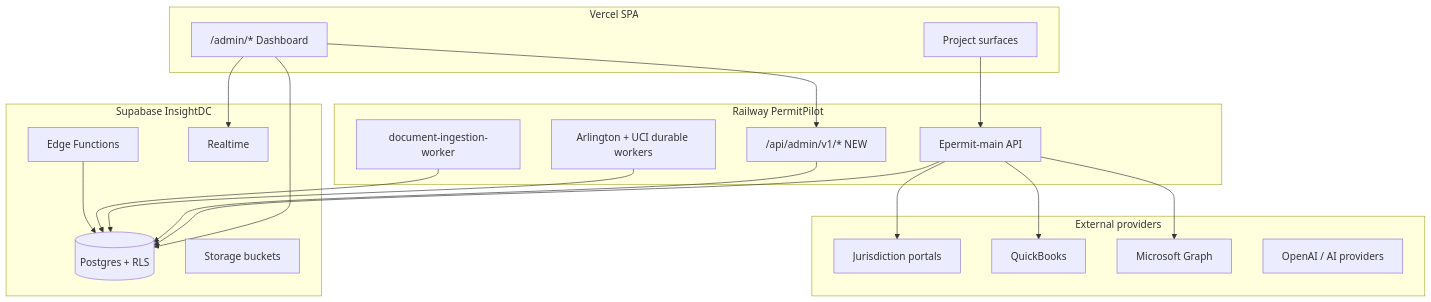
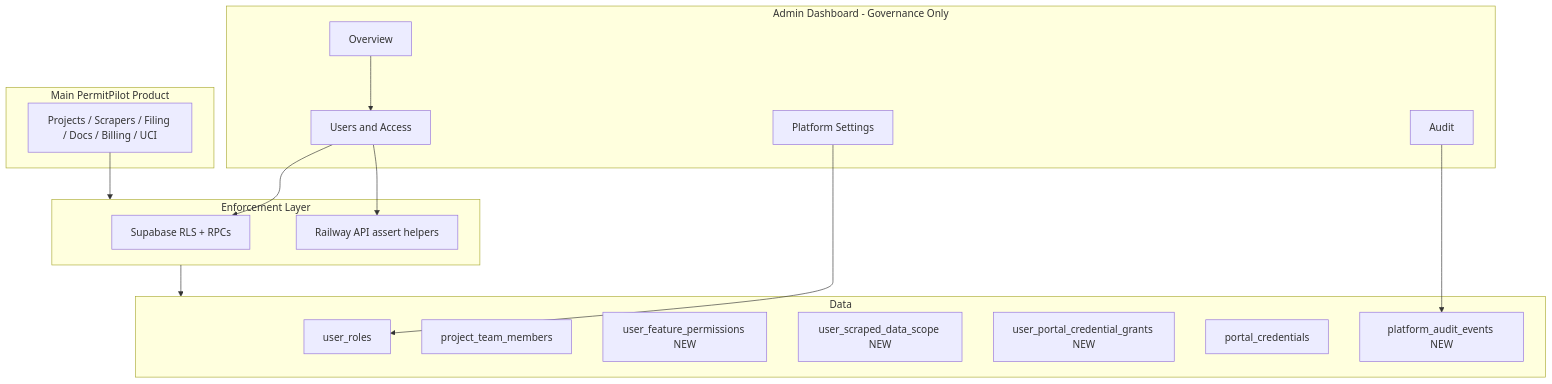
Before and after one commit to epermitarthouse-rgb/Epermit-main: the diagram in docs/admin-dashboard/PRODUCTION_ADMIN_DASHBOARD_ARCHITECTURE.md, drawn with Mermaid. The commit also changed other lines of this file and 9 other files, not shown here.

First line of the commit message:
Revise admin dashboard architecture to focused governance scope.

````diff
--- a/docs/admin-dashboard/PRODUCTION_ADMIN_DASHBOARD_ARCHITECTURE.md
+++ b/docs/admin-dashboard/PRODUCTION_ADMIN_DASHBOARD_ARCHITECTURE.md
@@ -78,41 +83,36 @@
 ```mermaid
 flowchart TB
-  subgraph client [Vercel SPA]
-    AdminUI["/admin/* Dashboard"]
-    ProjectUI[Project surfaces]
+  subgraph admin [Admin Dashboard - Governance Only]
+    O[Overview]
+    U[Users and Access]
+    A[Audit]
+    P[Platform Settings]
   end
 
-  subgraph railway [Railway PermitPilot]
-    API[Epermit-main API]
-    AdminAPI["/api/admin/v1/* NEW"]
-    Workers[Arlington + UCI durable workers]
-    IngestWorker[document-ingestion-worker]
+  subgraph product [Main PermitPilot Product]
+    PR[Projects / Scrapers / Filing / Docs / Billing / UCI]
   end
 
-  subgraph supabase [Supabase InsightDC]
-    DB[(Postgres + RLS)]
-    Storage[Storage buckets]
-    Edge[Edge Functions]
-    Realtime[Realtime]
+  subgraph enforce [Enforcement Layer]
+    RLS[Supabase RLS + RPCs]
+    API[Railway API assert helpers]
   end
 
-  subgraph external [External providers]
-    Portals[Jurisdiction portals]
-    QB[QuickBooks]
-    Graph[Microsoft Graph]
-    AI[OpenAI / AI providers]
+  subgraph data [Data]
+    UR[user_roles]
+    PTM[project_team_members]
+    UFP[user_feature_permissions NEW]
+    UDS[user_scraped_data_scope NEW]
+    UPC[user_portal_credential_grants NEW]
+    PC[portal_credentials]
+    AUD[platform_audit_events NEW]
   end
 
-  AdminUI --> AdminAPI
-  AdminUI --> DB
-  ProjectUI --> API
-  API --> DB
-  AdminAPI --> DB
-  Workers --> DB
-  IngestWorker --> DB
-  API --> Portals
-  API --> QB
-  API --> Graph
-  Edge --> DB
-  AdminUI --> Realtime
+  O --> U
+  U --> RLS
+  U --> API
+  A --> AUD
+  P --> UR
+  PR --> enforce
+  enforce --> data
 ```
````
